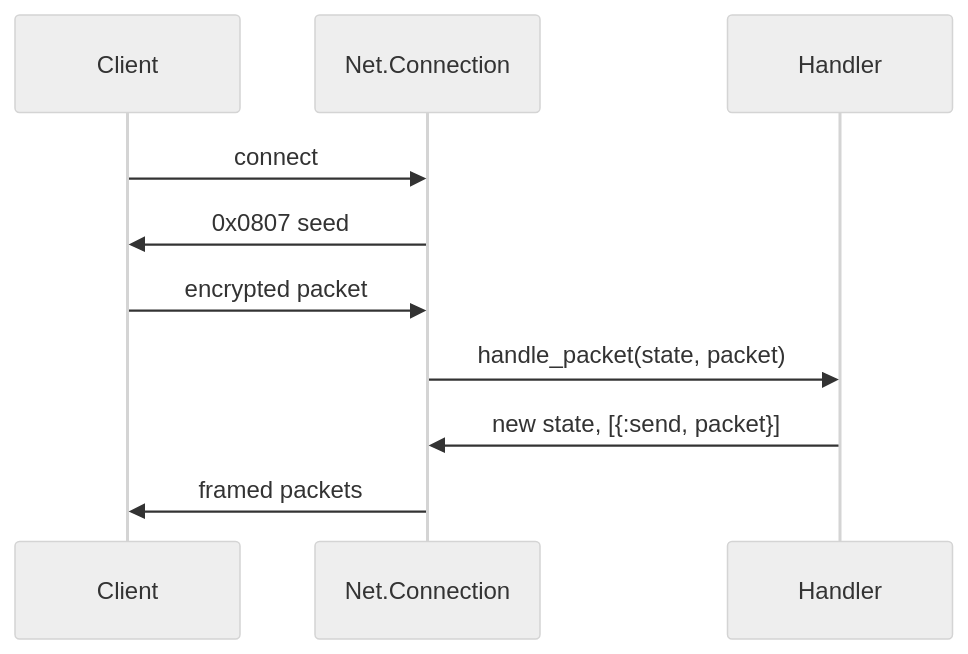
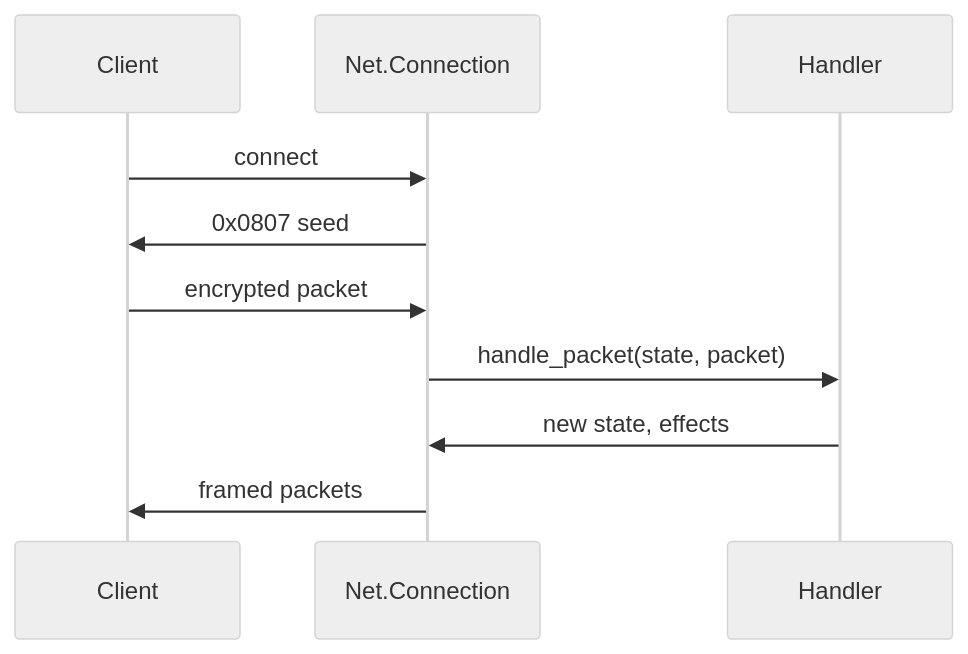
One commit to wbpascal/pinata changed the diagram in server/docs/technical/processes.md. Above: the diagram before and after it, drawn with Mermaid (neutral theme). The commit also changed other lines of this file and 34 other files, not shown here.

````diff
--- a/server/docs/technical/processes.md
+++ b/server/docs/technical/processes.md
@@ -17,9 +17,9 @@
 ```mermaid
 sequenceDiagram
     Client->>Net.Connection: connect
     Net.Connection->>Client: 0x0807 seed
     Client->>Net.Connection: encrypted packet
     Net.Connection->>Handler: handle_packet(state, packet)
-    Handler->>Net.Connection: new state, [{:send, packet}]
+    Handler->>Net.Connection: new state, effects
     Net.Connection->>Client: framed packets
 ```
````
